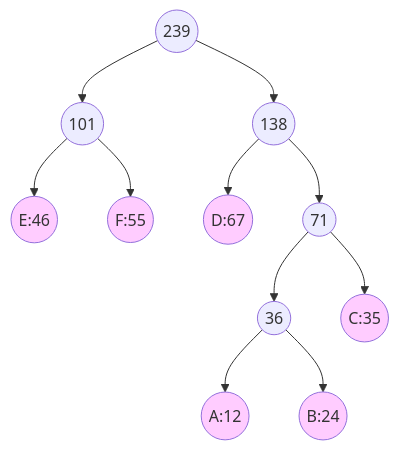
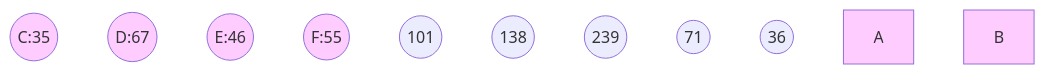
The sixth of 7 diagrams in DataStructures/Tree/BinaryTree/2020-01-16-哈夫曼树.md (dmjcb/SelfBlog), drawn with Mermaid before and after one commit. The commit also changed other lines of this file and 224 other files, not shown here.

````diff
--- a/DataStructures/Tree/BinaryTree/2020-01-16-哈夫曼树.md
+++ b/DataStructures/Tree/BinaryTree/2020-01-16-哈夫曼树.md
@@ -160,35 +140,25 @@
 ```mermaid
 graph TB
     C((C:35))
     D((D:67))
     E((E:46))
     F((F:55))
 
     Z((101))
-    Z --> E
-    Z --> F
 
     W((138))
-    W --> D
-    W --> Y
 
     V((239))
-    V --> Z
-    V --> W
 
     Y((71))
     X((36)) 
 
-    Y --> X
-    Y --> C((C:35))
-    X --> A((A:12))
-    X --> B((B:24))
 
     A:::Style
     B:::Style
     C:::Style
     D:::Style
     E:::Style
     F:::Style
     classDef Style fill:#FFCCFF
 ```
````
